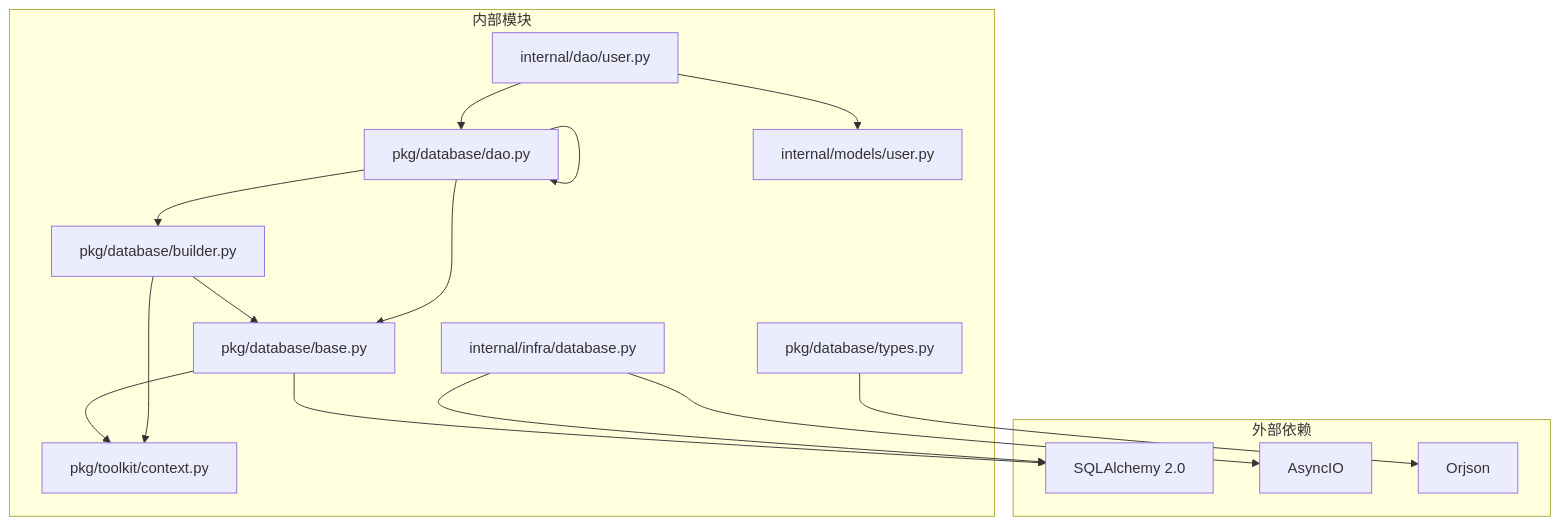
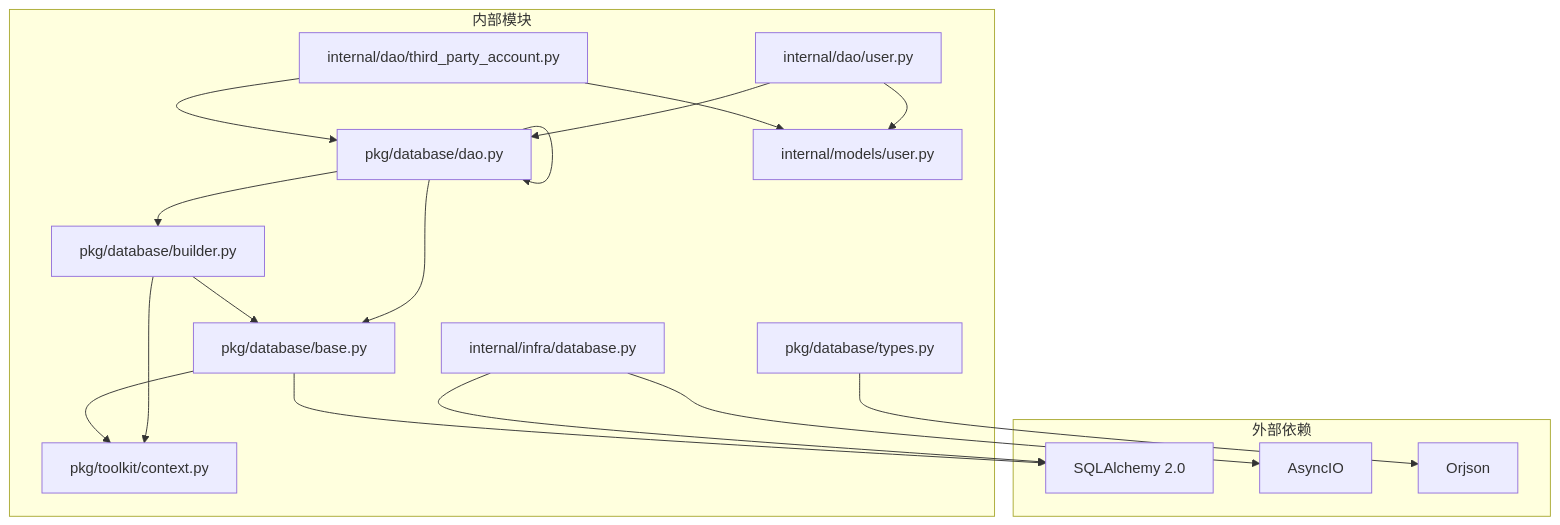
One commit to lilinzezzzzzz/fastapi-backend changed the eighth of 8 diagrams in .qoder/repowiki/zh/content/数据访问层/通用DAO基类.md. Above: the diagram before and after it, drawn with Mermaid. The commit also changed other lines of this file and 42 other files, not shown here.

````diff
--- a/.qoder/repowiki/zh/content/数据访问层/通用DAO基类.md
+++ b/.qoder/repowiki/zh/content/数据访问层/通用DAO基类.md
@@ -377,30 +653,33 @@
 ```mermaid
 graph TB
 subgraph "外部依赖"
 SQLAlchemy[SQLAlchemy 2.0]
 AsyncIO[AsyncIO]
 Orjson[Orjson]
 end
 subgraph "内部模块"
 BaseDAO[pkg/database/dao.py]
 BaseModel[pkg/database/base.py]
 QueryBuilder[pkg/database/builder.py]
 JSONTypes[pkg/database/types.py]
 Context[pkg/toolkit/context.py]
 UserDAO[internal/dao/user.py]
+ThirdPartyDAO[internal/dao/third_party_account.py]
 UserModel[internal/models/user.py]
 DBInfra[internal/infra/database.py]
 end
 BaseDAO --> BaseDAO
 BaseDAO --> QueryBuilder
 BaseDAO --> BaseModel
 QueryBuilder --> BaseModel
 QueryBuilder --> Context
 JSONTypes --> Orjson
 UserDAO --> BaseDAO
 UserDAO --> UserModel
+ThirdPartyDAO --> BaseDAO
+ThirdPartyDAO --> UserModel
 DBInfra --> SQLAlchemy
 DBInfra --> AsyncIO
 BaseModel --> SQLAlchemy
 BaseModel --> Context
 ```
````
